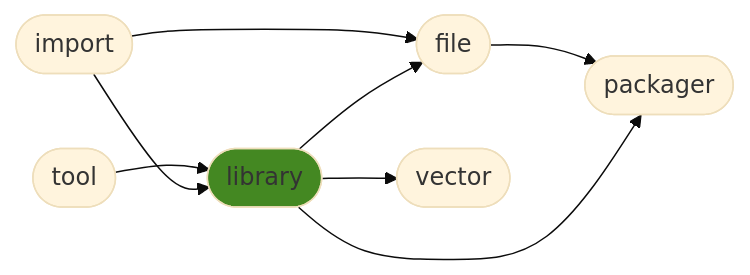
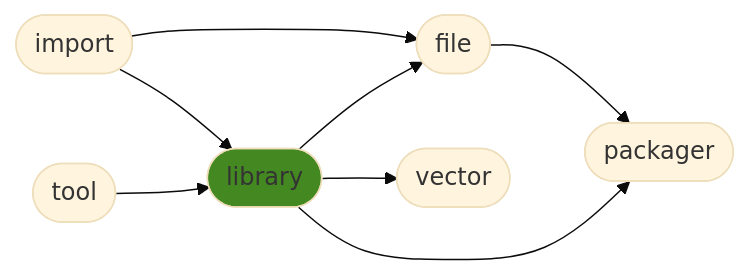
Before and after one commit to ManderaGeneral/generallibrary: the diagram in README.md, drawn with Mermaid (base theme). The commit also changed other lines of this file, not shown here.

````diff
--- a/README.md
+++ b/README.md
@@ -24,17 +24,17 @@
 ```mermaid
 flowchart LR
+0([import]) --> 2([library])
+0([import]) --> 3([file])
 1([tool]) --> 2([library])
+2([library]) --> 3([file])
+3([file]) --> 5([packager])
 2([library]) --> 4([vector])
-3([file]) --> 5([packager])
-0([import]) --> 3([file])
-0([import]) --> 2([library])
 2([library]) --> 5([packager])
-2([library]) --> 3([file])
 click 0 "https://github.com/ManderaGeneral/generalimport"
 click 1 "https://github.com/ManderaGeneral/generaltool"
 click 2 "https://github.com/ManderaGeneral/generallibrary"
 click 3 "https://github.com/ManderaGeneral/generalfile"
 click 4 "https://github.com/ManderaGeneral/generalvector"
 click 5 "https://github.com/ManderaGeneral/generalpackager"
 style 2 fill:#482
 ```
````
